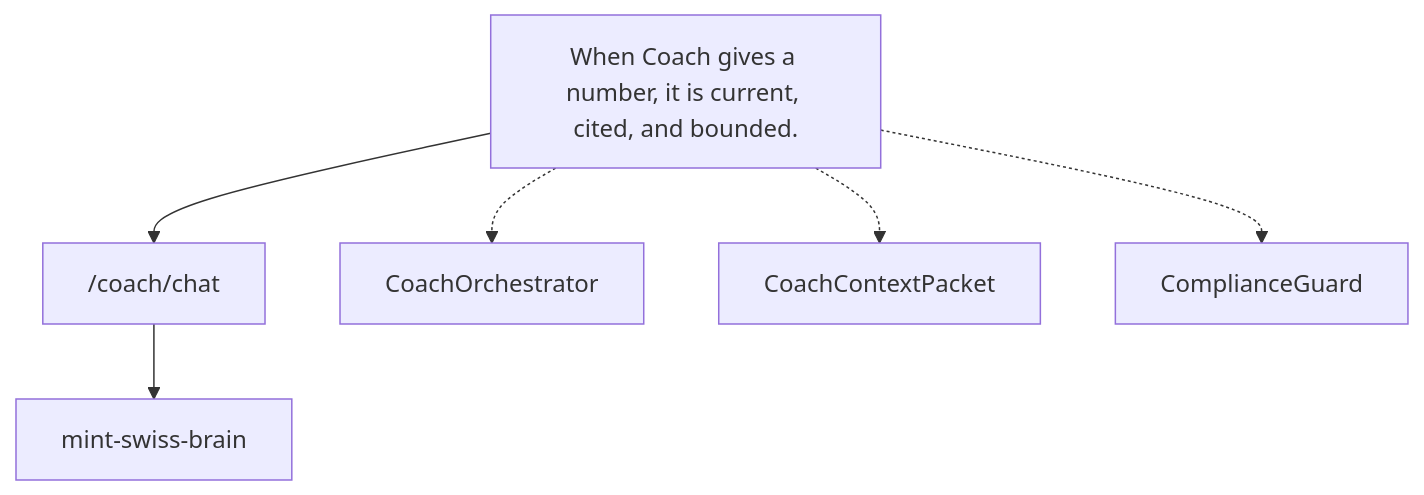
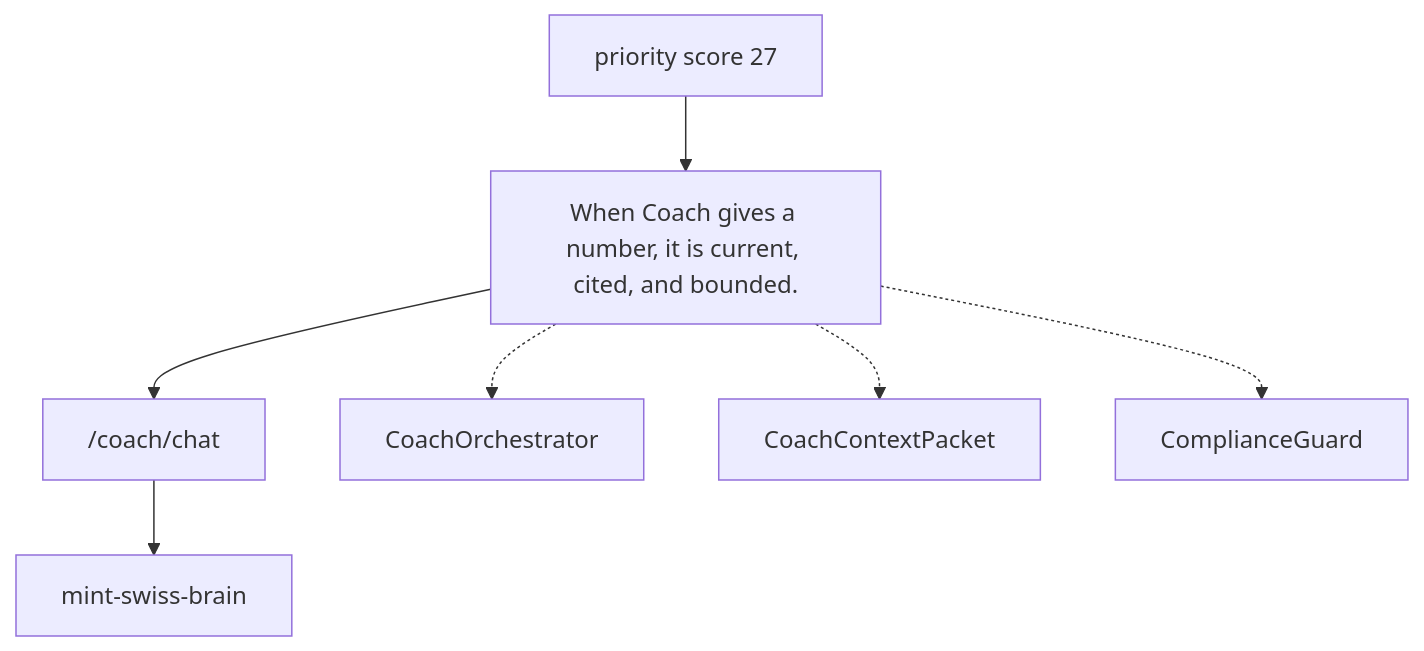
Before and after one commit to MINT-IA/MINT: the diagram in .planning/journeys/diagrams/coach_advice_turn.mmd, drawn with Mermaid. The commit also changed 15 other files, not shown here.

```diff
--- a/.planning/journeys/diagrams/coach_advice_turn.mmd
+++ b/.planning/journeys/diagrams/coach_advice_turn.mmd
@@ -1,13 +1,15 @@
 %% Generated from .planning/journeys/records/coach_advice_turn.json
 flowchart TD
   promise["When Coach gives a number, it is current, cited, and bounded."]
   team["mint-swiss-brain"]
+  priority["priority score 27"]
+  priority --> promise
   route_coach_chat["/coach/chat"]
   promise --> route_coach_chat
   route_coach_chat --> team
   surface_CoachOrchestrator["CoachOrchestrator"]
   promise -.-> surface_CoachOrchestrator
   surface_CoachContextPacket["CoachContextPacket"]
   promise -.-> surface_CoachContextPacket
   surface_ComplianceGuard["ComplianceGuard"]
   promise -.-> surface_ComplianceGuard
```
